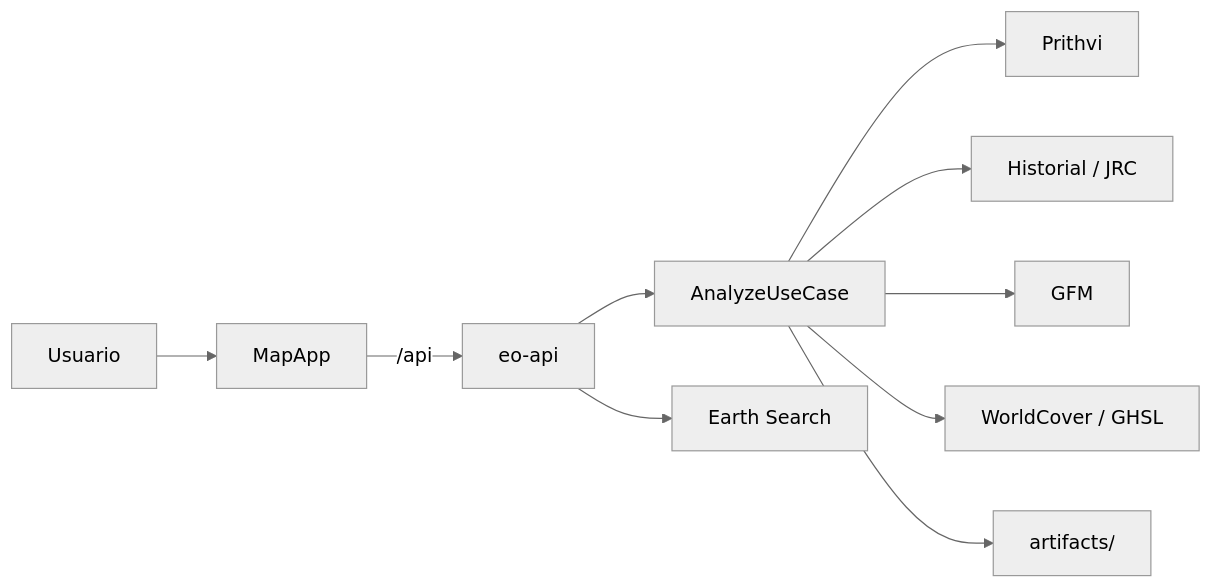
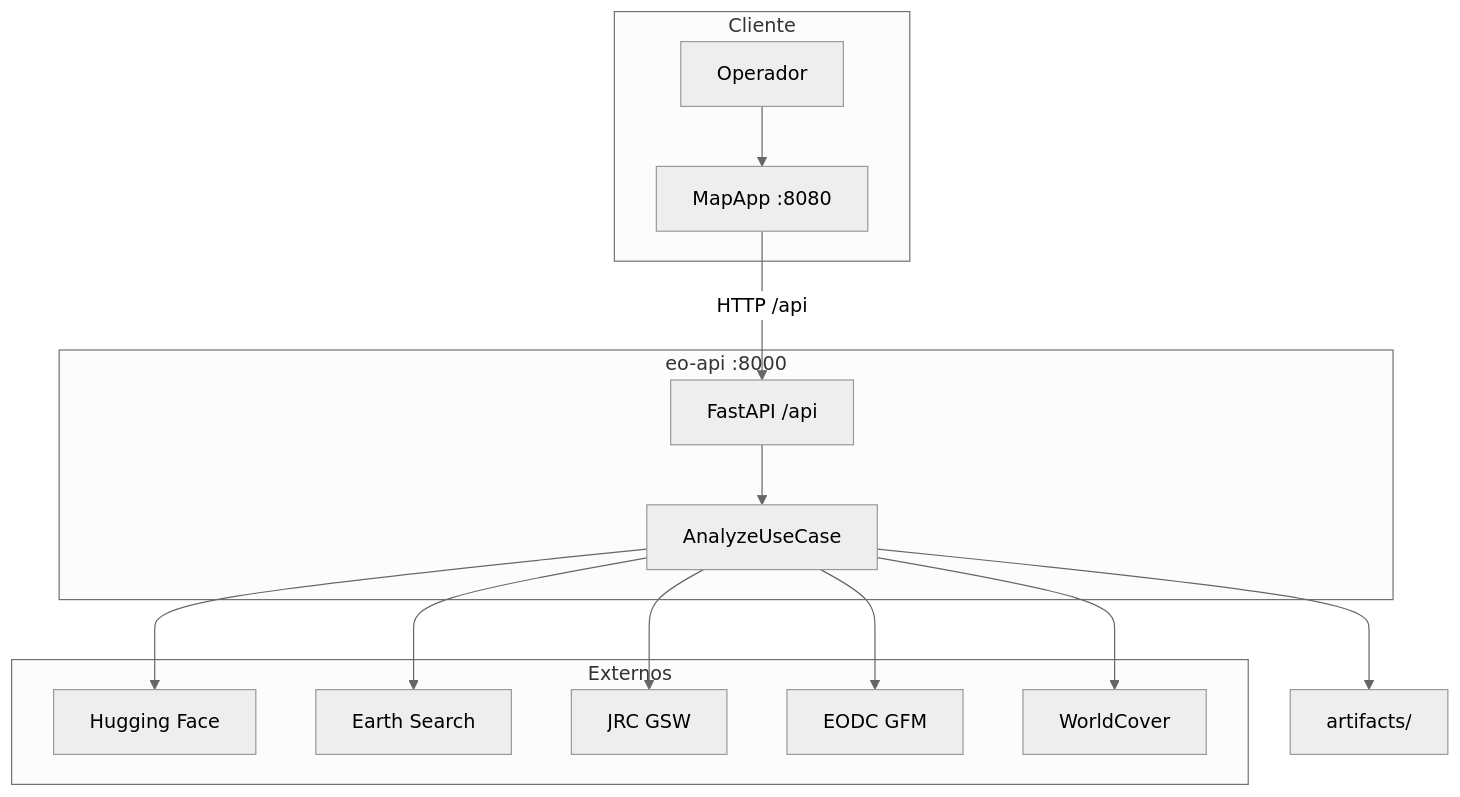
One commit to Charlsz/Tune changed the first of 6 diagrams in docs/InformeFinal.md. Above: the diagram before and after it, drawn with Mermaid (neutral theme). The commit also changed other lines of this file and 8 other files, not shown here.

First line of the commit message:
refactor(docs): update InformeFinal and architecture diagrams for clarity and completeness

````diff
--- a/docs/InformeFinal.md
+++ b/docs/InformeFinal.md
@@ -120,12 +116,28 @@
 ```mermaid
-flowchart LR
-  Usuario --> MapApp
-  MapApp -->|"/api"| API["eo-api"]
-  API --> UC[AnalyzeUseCase]
-  UC --> P[Prithvi]
-  UC --> R["Historial / JRC"]
-  UC --> G["GFM"]
-  UC --> E["WorldCover / GHSL"]
-  UC --> D[artifacts/]
-  API --> ES[Earth Search]
+flowchart TB
+  subgraph Cliente
+    U[Operador]
+    W["MapApp :8080"]
+  end
+  subgraph API["eo-api :8000"]
+    HTTP["FastAPI /api"]
+    UC["AnalyzeUseCase"]
+  end
+  subgraph Externos
+    HF[Hugging Face]
+    ES[Earth Search]
+    JRC[JRC GSW]
+    GFM[EODC GFM]
+    WC[WorldCover]
+  end
+  ART["artifacts/"]
+  U --> W
+  W -->|"HTTP /api"| HTTP
+  HTTP --> UC
+  UC --> HF
+  UC --> ES
+  UC --> JRC
+  UC --> GFM
+  UC --> WC
+  UC --> ART
 ```
````
